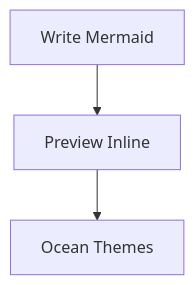
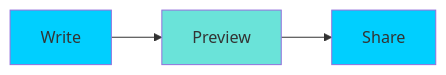
One commit to sraphaz/mermaidEyes changed the first of 4 diagrams in extension/media/welcome.md. Above: the diagram before and after it, drawn with Mermaid. The commit also changed other lines of this file and 19 other files, not shown here.

First line of the commit message:
feat: View diagram label, fix No diagram type detected, welcome/preview, launch env

````diff
--- a/extension/media/welcome.md
+++ b/extension/media/welcome.md
@@ -15,5 +43,8 @@
 ```mermaid
-graph TD
-  A[Write Mermaid] --> B[Preview Inline]
-  B --> C[Ocean Themes]
+graph LR
+  A[Write] --> B[Preview]
+  B --> C[Share]
+  style A fill:#00CFFF
+  style B fill:#6AE3D9
+  style C fill:#00CFFF
 ```
````
